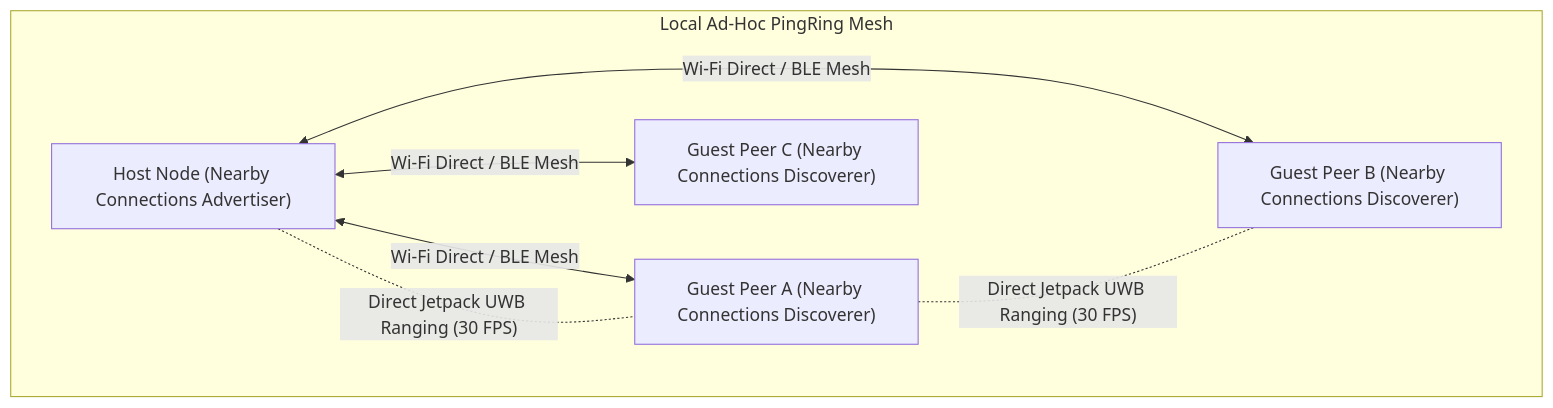
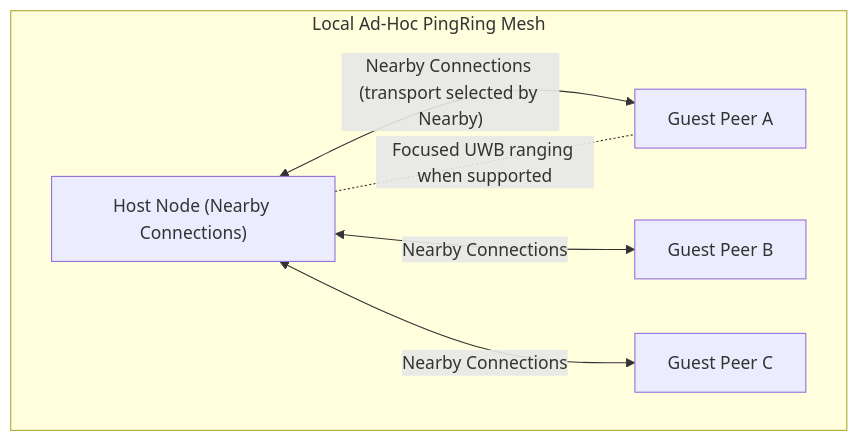
One commit to fkurevija/PingRing changed the diagram in docs/architecture.md. Above: the diagram before and after it, drawn with Mermaid. The commit also changed other lines of this file and 3 other files, not shown here.

````diff
--- a/docs/architecture.md
+++ b/docs/architecture.md
@@ -9,16 +9,14 @@
 ```mermaid
 graph TD
     subgraph "Local Ad-Hoc PingRing Mesh"
-        Host["Host Node (Nearby Connections Advertiser)"]
-        PeerA["Guest Peer A (Nearby Connections Discoverer)"]
-        PeerB["Guest Peer B (Nearby Connections Discoverer)"]
-        PeerC["Guest Peer C (Nearby Connections Discoverer)"]
+        Host["Host Node (Nearby Connections)"]
+        PeerA["Guest Peer A"]
+        PeerB["Guest Peer B"]
+        PeerC["Guest Peer C"]
 
-        Host <-->|"Wi-Fi Direct / BLE Mesh"| PeerA
-        Host <-->|"Wi-Fi Direct / BLE Mesh"| PeerB
-        Host <-->|"Wi-Fi Direct / BLE Mesh"| PeerC
-
-        PeerA -.-|"Direct Jetpack UWB Ranging (30 FPS)"| PeerB
-        Host -.-|"Direct Jetpack UWB Ranging (30 FPS)"| PeerA
+        Host <-->|"Nearby Connections (transport selected by Nearby)"| PeerA
+        Host <-->|"Nearby Connections"| PeerB
+        Host <-->|"Nearby Connections"| PeerC
+        Host -.-|"Focused UWB ranging when supported"| PeerA
     end
 ```
````
